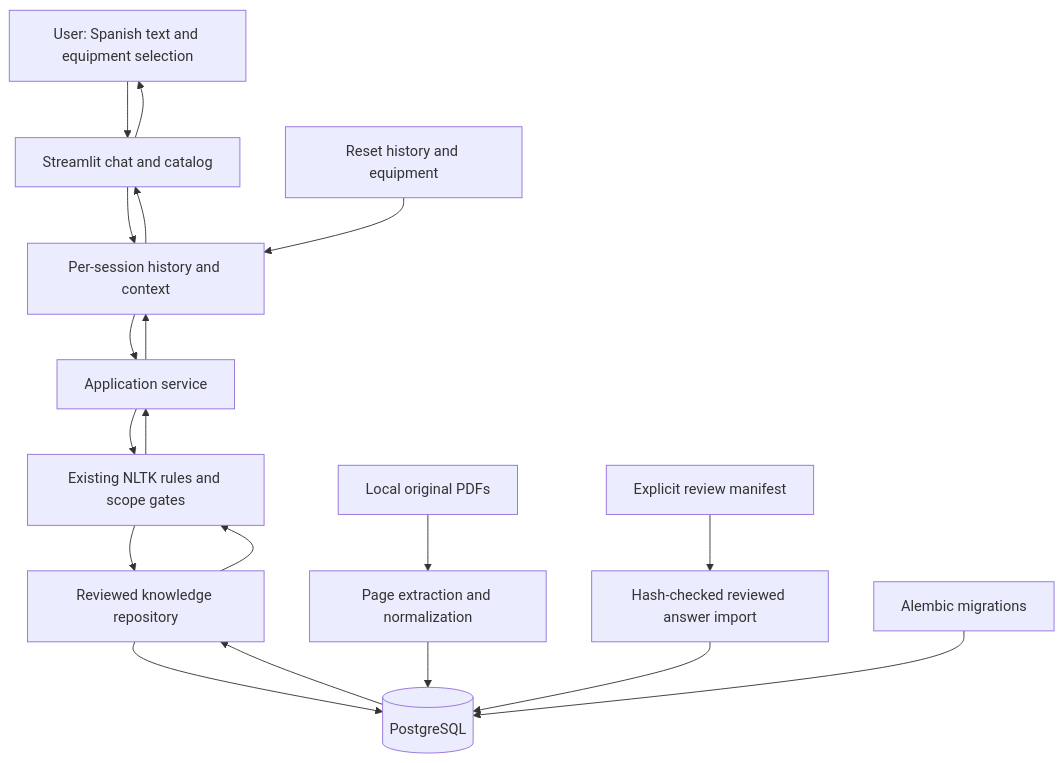
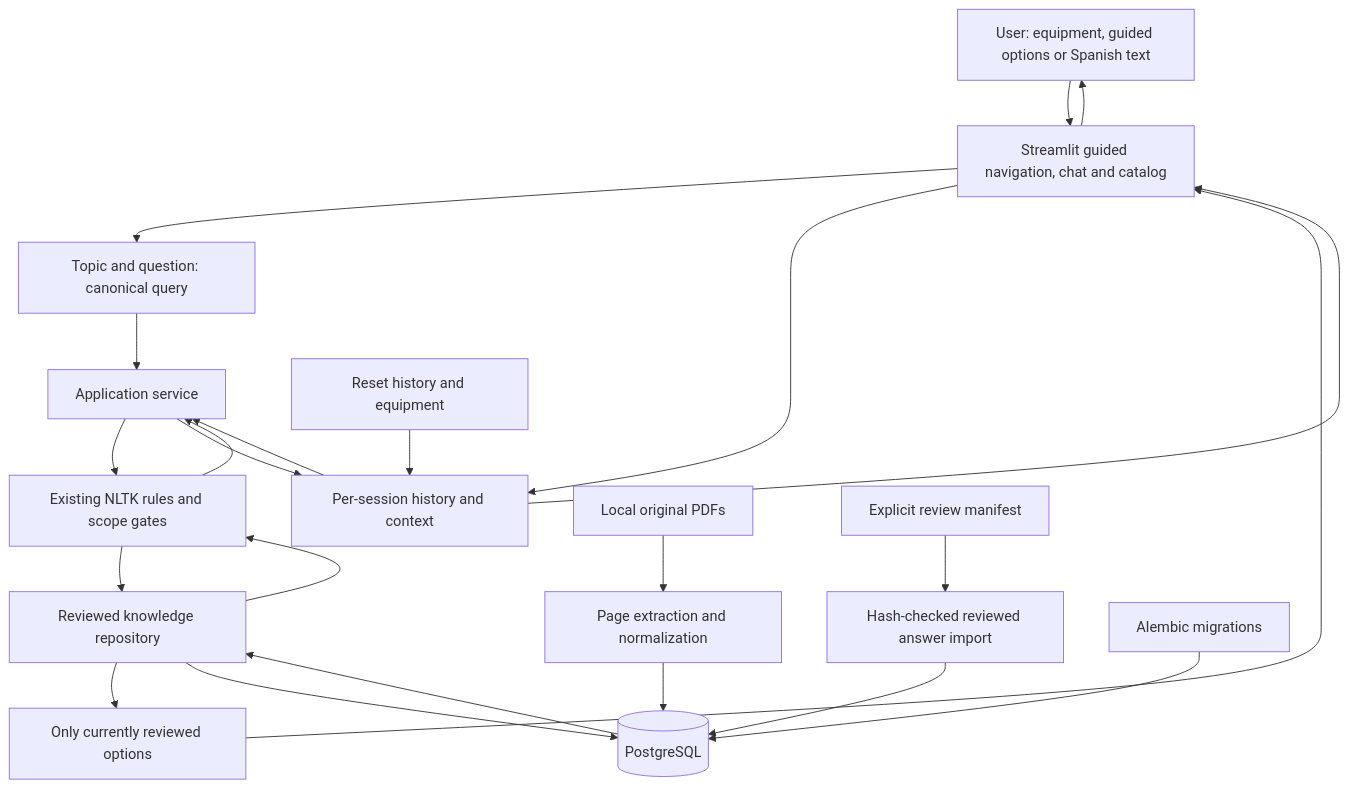
One commit to Praxisinfinitum/TechnicalNexus changed the diagram in docs/architecture/current.mmd. Above: the diagram before and after it, drawn with Mermaid. The commit also changed 20 other files, not shown here.

Commit message:
Add reviewed guided consultation alongside free-text rules chat

```diff
--- a/docs/architecture/current.mmd
+++ b/docs/architecture/current.mmd
@@ -1,19 +1,23 @@
 flowchart TD
-    USER[User: Spanish text and equipment selection] --> UI[Streamlit chat and catalog]
+    USER[User: equipment, guided options or Spanish text] --> UI[Streamlit guided navigation, chat and catalog]
+    UI --> NAV[Topic and question: canonical query]
+    NAV --> SERVICE
+    REPO --> FILTER[Only currently reviewed options]
+    FILTER --> UI
     UI --> STATE[Per-session history and context]
     STATE --> SERVICE[Application service]
     SERVICE --> RULES[Existing NLTK rules and scope gates]
     RULES --> REPO[Reviewed knowledge repository]
     REPO --> DB[(PostgreSQL)]
     DB --> REPO
     REPO --> RULES
     RULES --> SERVICE
     SERVICE --> STATE
     STATE --> UI
     UI --> USER
     RESET[Reset history and equipment] --> STATE
     PDF[Local original PDFs] --> IMPORT[Page extraction and normalization]
     REVIEW[Explicit review manifest] --> SEED[Hash-checked reviewed answer import]
     IMPORT --> DB
     SEED --> DB
     MIG[Alembic migrations] --> DB
```
